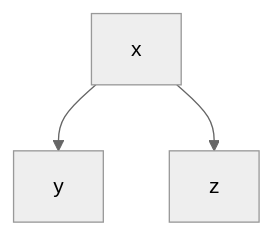
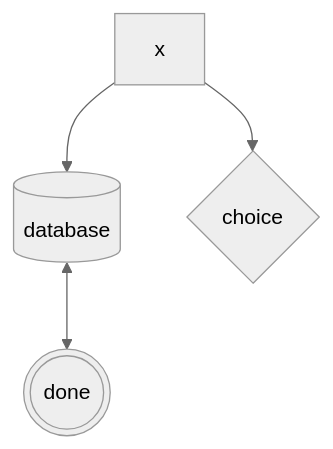
Before and after one commit to unexge/mdr: the first of 2 diagrams in bombadil/fixture.md, drawn with Mermaid (neutral theme). The commit also changed other lines of this file and 8 other files, not shown here.

First line of the commit message:
feat: Expand Mermaid syntax support

````diff
--- a/bombadil/fixture.md
+++ b/bombadil/fixture.md
@@ -47,5 +47,5 @@
 ```mermaid
 graph TD
-A[x] --> B[y]
-A --> C[z]
+A["x"] --> B[(database)] & C{choice}
+B <--> D(((done)))
 ```
````
